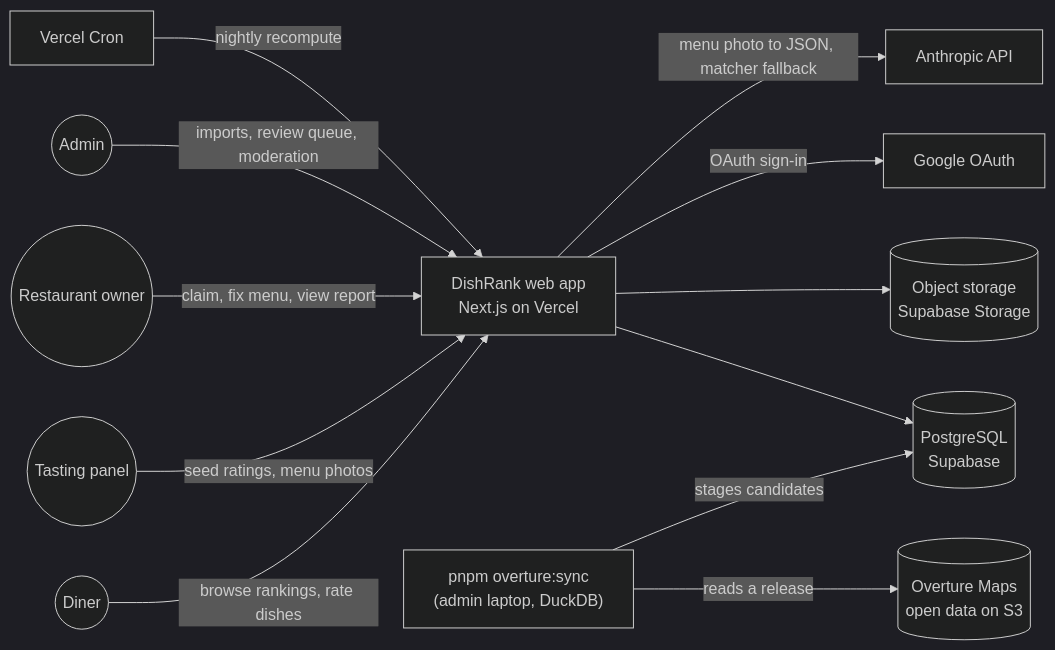
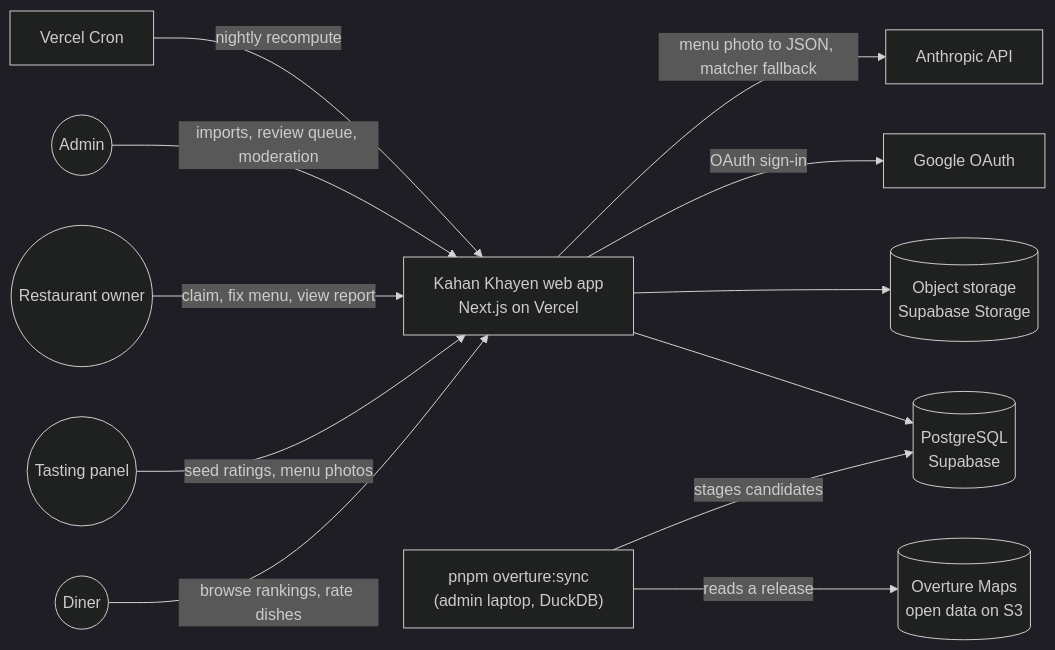
One commit to JawadSarfraz/dishrank changed the first of 8 diagrams in docs/02-ARCHITECTURE.md. Above: the diagram before and after it, drawn with Mermaid (dark theme). The commit also changed other lines of this file and 12 other files, not shown here.

First line of the commit message:
docs: Kahan Khayen in the docs and README; the new wordmark in the design system

````diff
--- a/docs/02-ARCHITECTURE.md
+++ b/docs/02-ARCHITECTURE.md
@@ -15,14 +15,14 @@
 ```mermaid
 flowchart LR
-  Diner((Diner)) -->|browse rankings, rate dishes| App["DishRank web app<br/>Next.js on Vercel"]
+  Diner((Diner)) -->|browse rankings, rate dishes| App["Kahan Khayen web app<br/>Next.js on Vercel"]
   Panel((Tasting panel)) -->|seed ratings, menu photos| App
   Owner((Restaurant owner)) -->|claim, fix menu, view report| App
   Admin((Admin)) -->|imports, review queue, moderation| App
   App --> DB[("PostgreSQL<br/>Supabase")]
   App --> Store[("Object storage<br/>Supabase Storage")]
   App -->|OAuth sign-in| GAuth["Google OAuth"]
   App -->|menu photo to JSON, matcher fallback| LLM["Anthropic API"]
   Sync["pnpm overture:sync<br/>(admin laptop, DuckDB)"] -->|reads a release| Overture[("Overture Maps<br/>open data on S3")]
   Sync -->|stages candidates| DB
   Cron["Vercel Cron"] -->|nightly recompute| App
 ```
````
